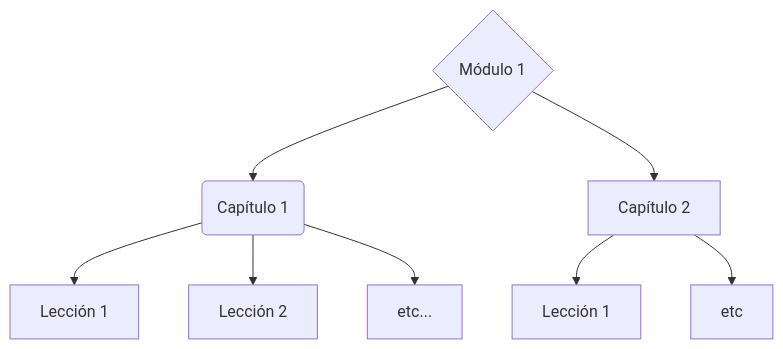
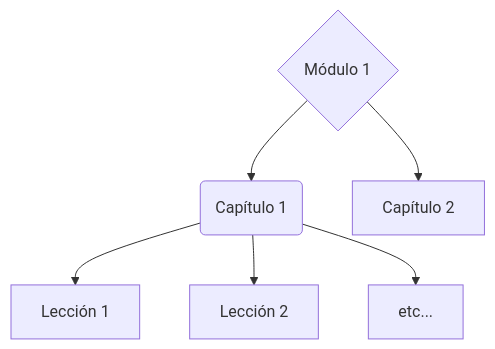
The diagram in docs/empecemos/estructura.md (mjoviedo/test-mkdocs), drawn with Mermaid before and after one commit. The commit also changed other lines of this file and 3 other files, not shown here.

Commit message:
Limpia intentos de solucionar mermaid

````diff
--- a/docs/empecemos/estructura.md
+++ b/docs/empecemos/estructura.md
@@ -9,10 +9,8 @@
 ``` mermaid
 graph TD
     A{Módulo 1} --> B(Capítulo 1);
     B --> C[Lección 1];
     B --> D[Lección 2];
     B --> E[etc...];
     A --> F[Capítulo 2];       
-    F --> G[Lección 1];
-    F--> H[etc];
-```
+``` 
````
